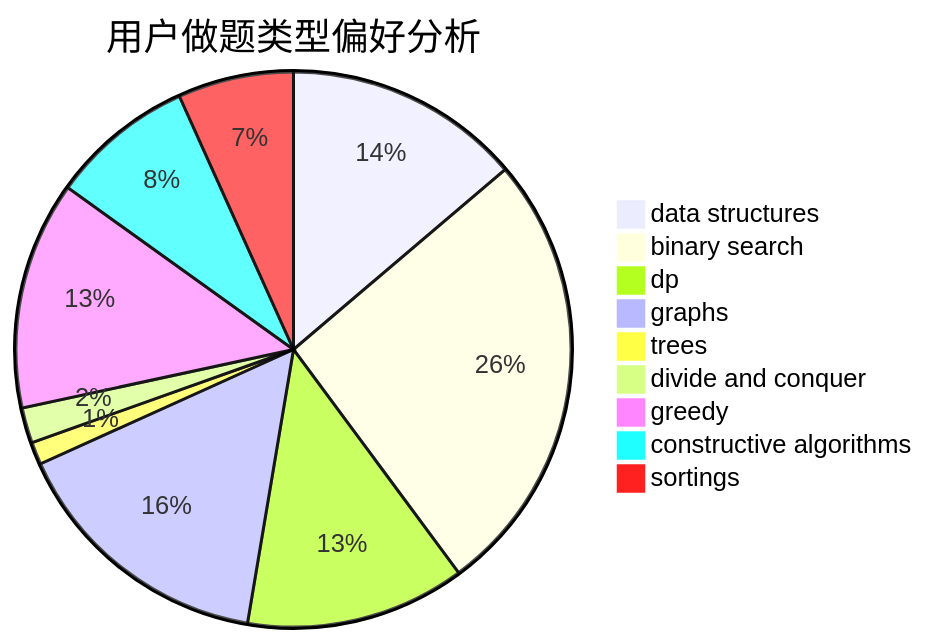
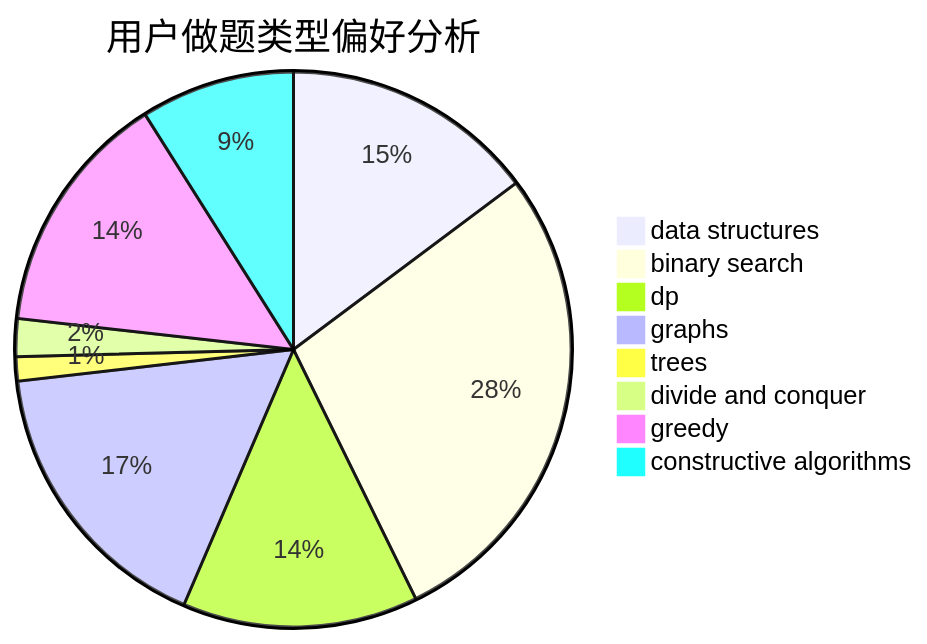
One commit to sherpahu/cfrs.github.io changed the second of 3 diagrams in docs/user/u1768.md. Above: the diagram before and after it, drawn with Mermaid. The commit also changed other lines of this file and 2769 other files, not shown here.

````diff
--- a/docs/user/u1768.md
+++ b/docs/user/u1768.md
@@ -18,12 +18,11 @@
 ```mermaid
 pie title 用户做题类型偏好分析
     "data structures" :  221
     "binary search" :  418
     "dp" :  205
     "graphs" :  250
     "trees" :  21
     "divide and conquer" :  33
     "greedy" :  213
     "constructive algorithms" :  134
-    "sortings" :  108
 ```
````
